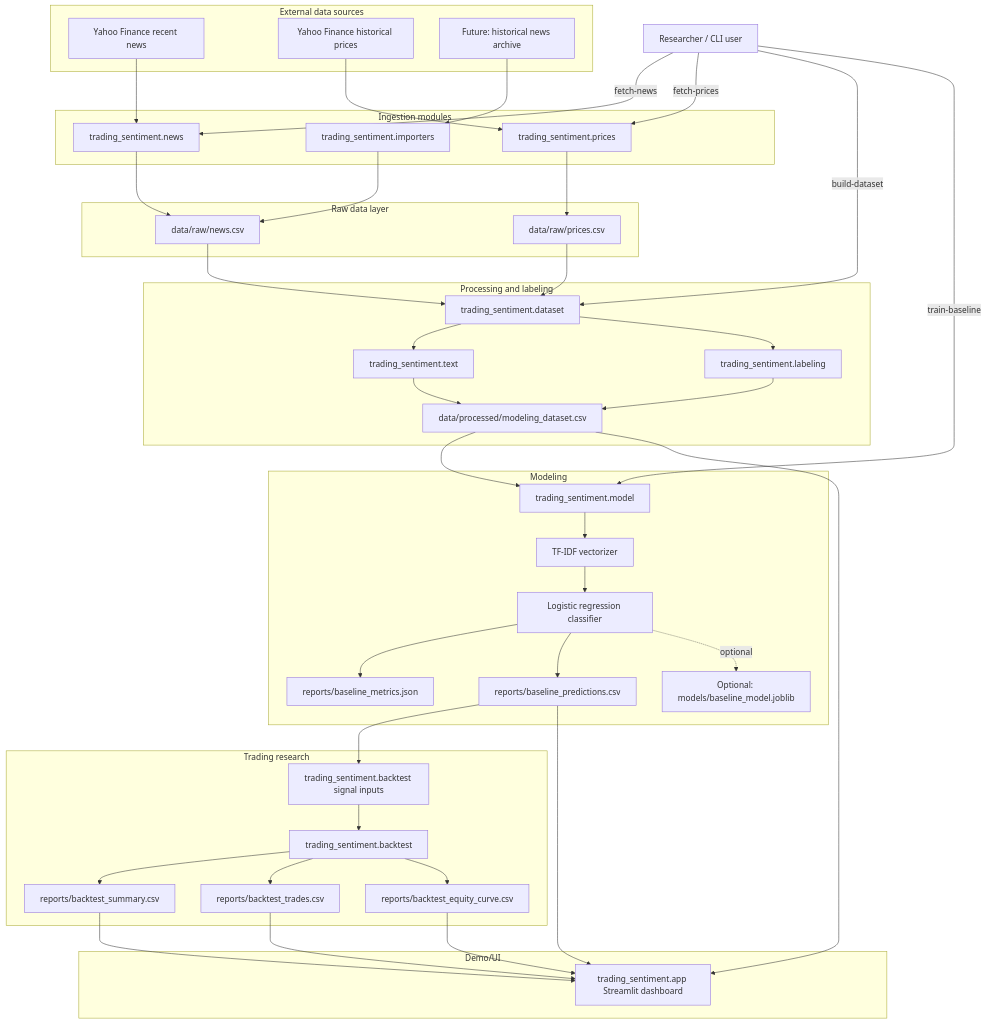
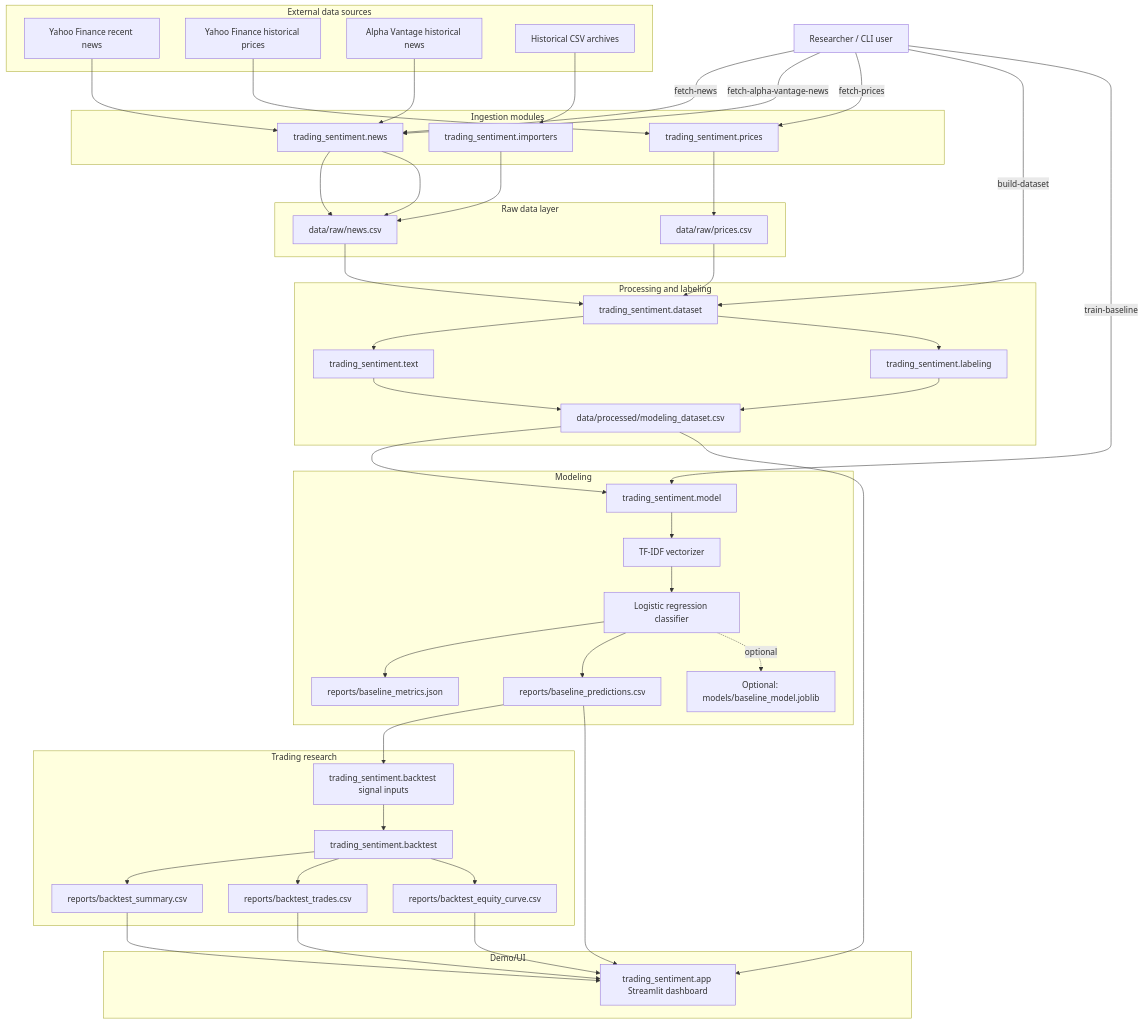
The diagram in docs/ARCHITECTURE.md (josh-tjiauw/financial-news-sentiment-trader), drawn with Mermaid before and after one commit. The commit also changed other lines of this file and 6 other files, not shown here.

Commit message:
Add Alpha Vantage historical news fetch

```diff
--- a/docs/ARCHITECTURE.md
+++ b/docs/ARCHITECTURE.md
@@ -9,7 +9,8 @@
     subgraph Sources[External data sources]
         YahooNews[Yahoo Finance recent news]
         YahooPrices[Yahoo Finance historical prices]
-        HistoricalNews[Future: historical news archive]
+        AlphaNews[Alpha Vantage historical news]
+        HistoricalNews[Historical CSV archives]
     end
 
     subgraph RawData[Raw data layer]
@@ -52,8 +53,10 @@
     end
 
     User -->|fetch-news| NewsModule
+    User -->|fetch-alpha-vantage-news| NewsModule
     User -->|fetch-prices| PriceModule
     YahooNews --> NewsModule --> RawNews
+    AlphaNews --> NewsModule --> RawNews
     HistoricalNews --> Importers --> RawNews
     YahooPrices --> PriceModule --> RawPrices
 
```
